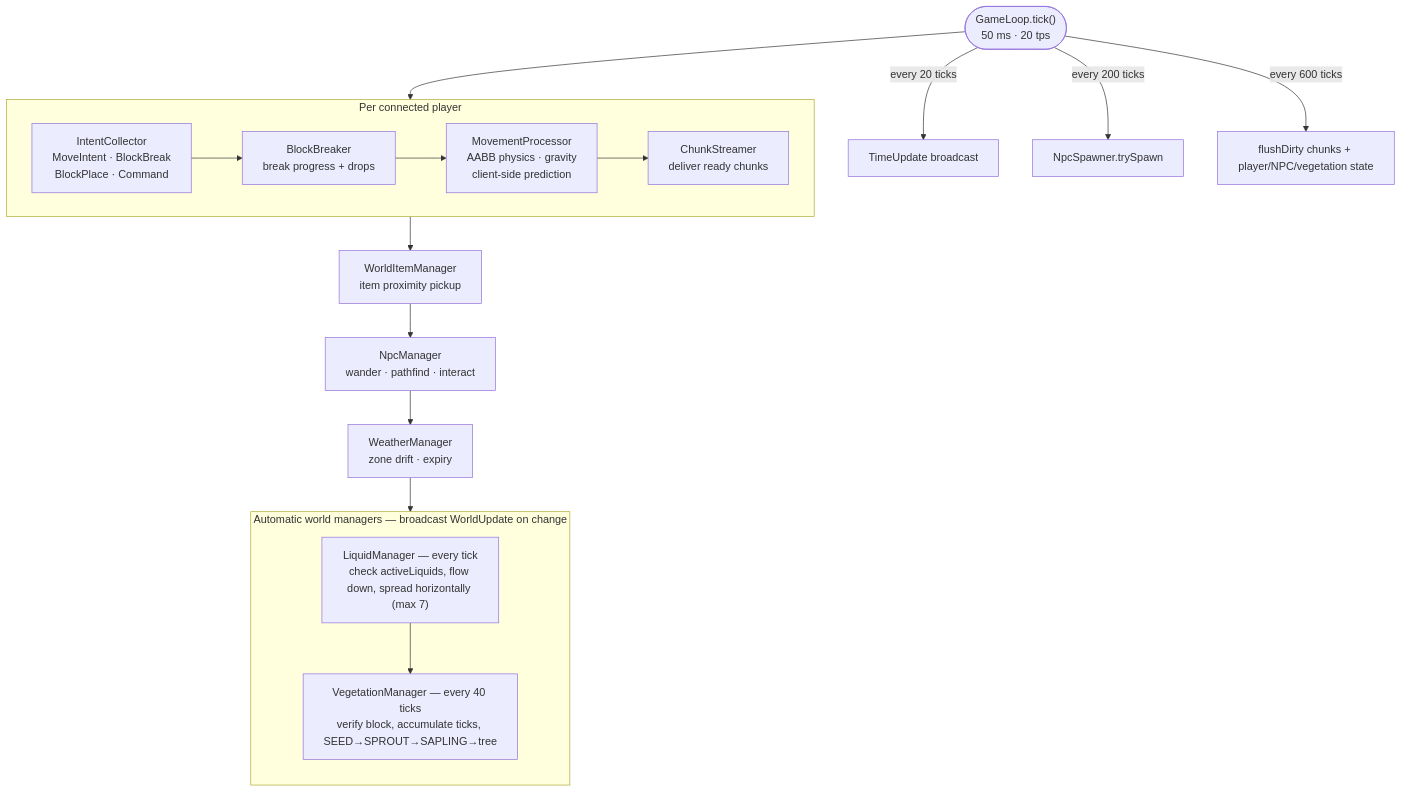
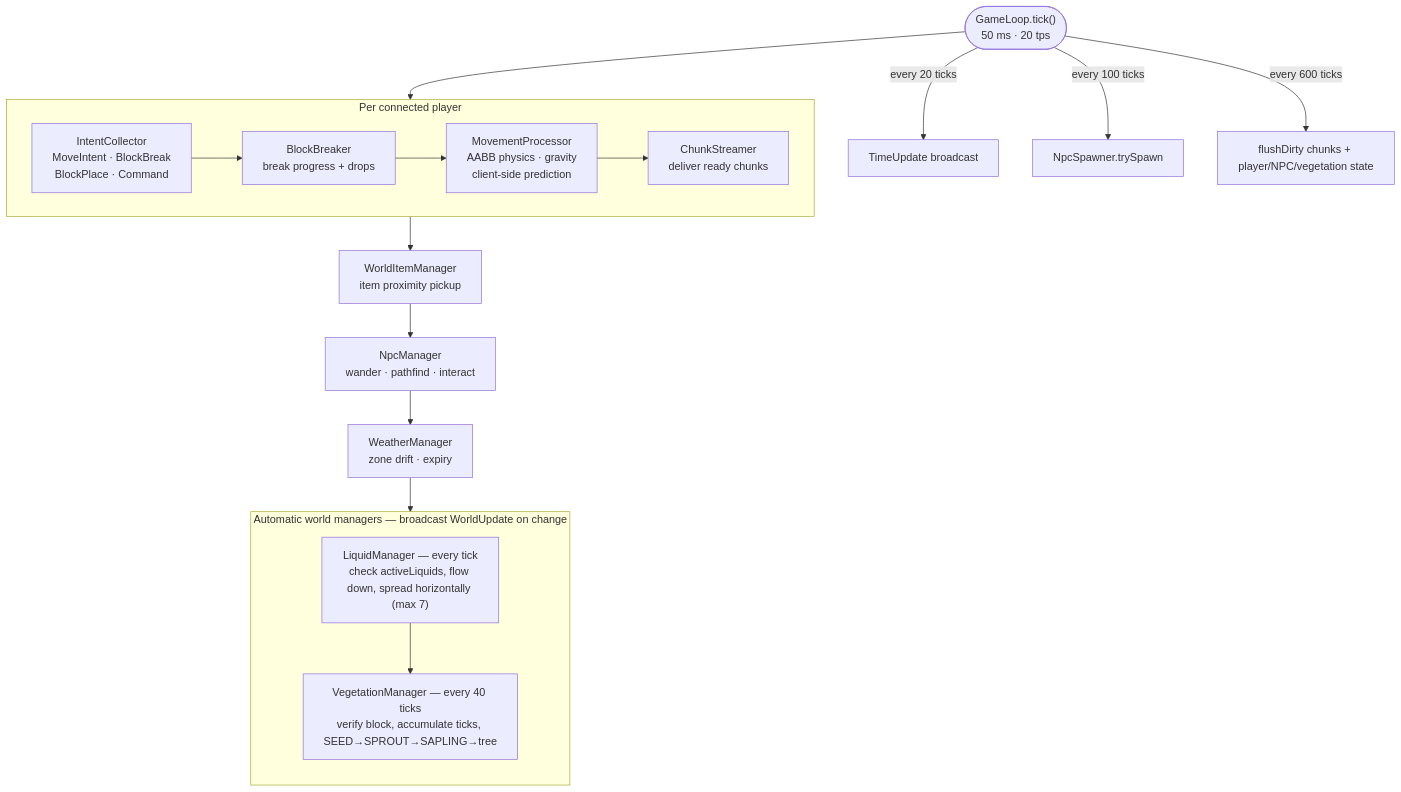
One commit to micoli/micraft changed the diagram in docs/architecture/game-loop.md. Above: the diagram before and after it, drawn with Mermaid. The commit also changed 110 other files, not shown here.

First line of the commit message:
feat(npc): spawn wild NPCs from the Region Roster within its budget

````diff
--- a/docs/architecture/game-loop.md
+++ b/docs/architecture/game-loop.md
@@ -10,32 +10,32 @@
 ```mermaid
 flowchart TD
     GL(["GameLoop.tick()\n50 ms · 20 tps"])
 
     GL --> SESS
 
     subgraph SESS ["Per connected player"]
         direction LR
         IC["IntentCollector\nMoveIntent · BlockBreak\nBlockPlace · Command"]
         BRK["BlockBreaker\nbreak progress + drops"]
         MOV["MovementProcessor\nAABB physics · gravity\nclient-side prediction"]
         STR["ChunkStreamer\ndeliver ready chunks"]
         IC --> BRK --> MOV --> STR
     end
 
     SESS --> WIT["WorldItemManager\nitem proximity pickup"]
     WIT --> NPC["NpcManager\nwander · pathfind · interact"]
     NPC --> WEA["WeatherManager\nzone drift · expiry"]
 
     WEA --> LIQ
     LIQ --> VEG_M
 
     subgraph AUTO ["Automatic world managers — broadcast WorldUpdate on change"]
         direction TB
         LIQ["LiquidManager — every tick\ncheck activeLiquids, flow down, spread horizontally (max 7)"]
         VEG_M["VegetationManager — every 40 ticks\nverify block, accumulate ticks, SEED→SPROUT→SAPLING→tree"]
     end
 
     GL -->|"every 20 ticks"| T1["TimeUpdate broadcast"]
-    GL -->|"every 200 ticks"| T2["NpcSpawner.trySpawn"]
+    GL -->|"every 100 ticks"| T2["NpcSpawner.trySpawn"]
     GL -->|"every 600 ticks"| T3["flushDirty chunks + player/NPC/vegetation state"]
 ```
````
